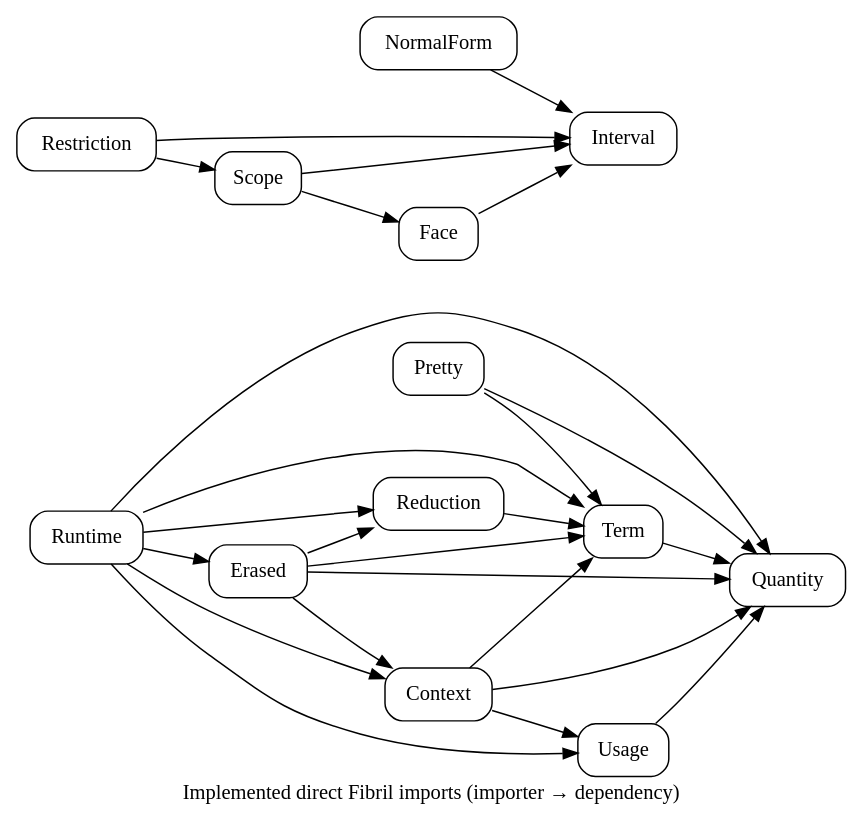
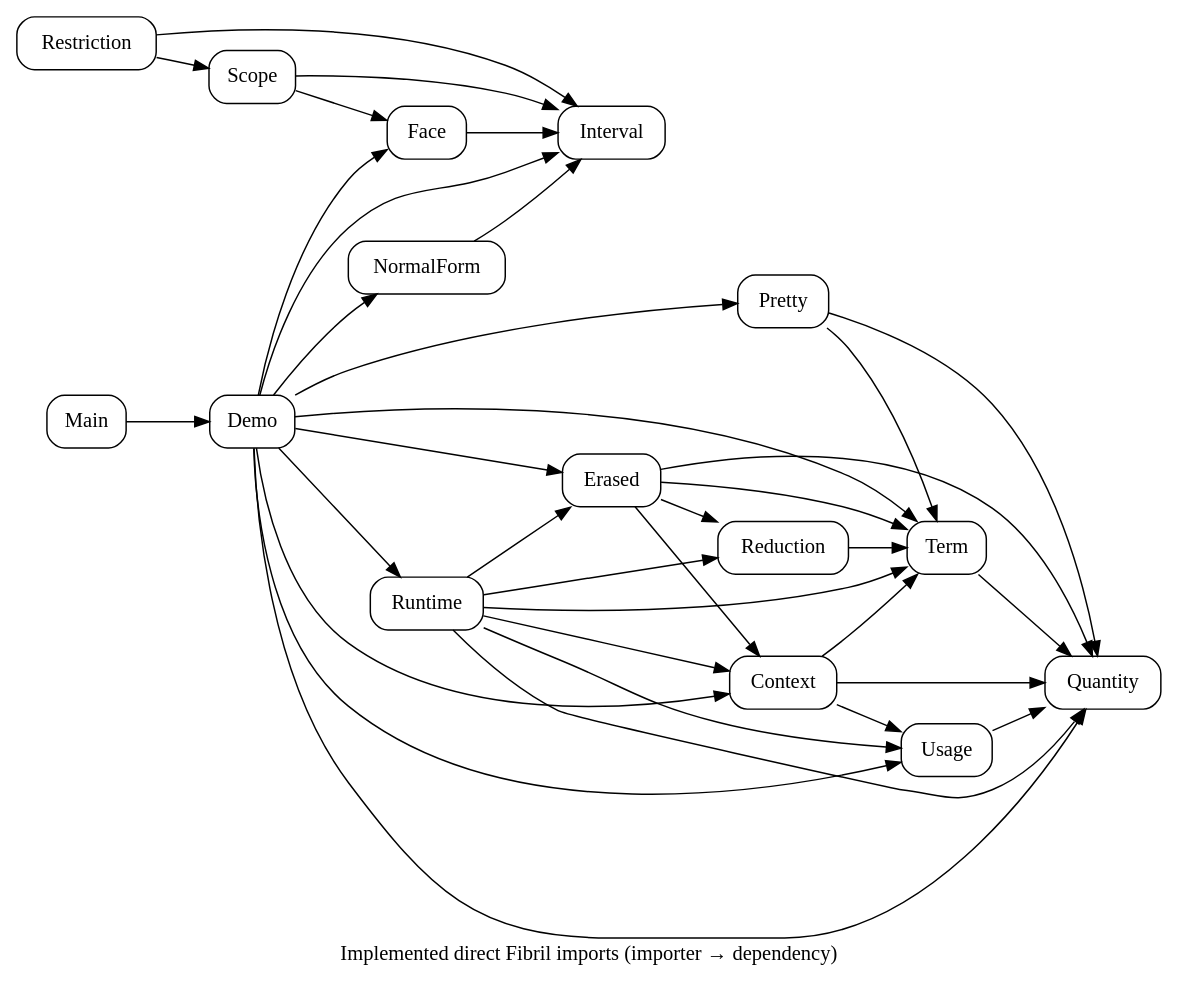
Before and after one commit to odunboye/fibril: the diagram in docs/diagrams/modules.dot, drawn with Graphviz. The commit also changed 12 other files, not shown here.

```diff
--- a/docs/diagrams/modules.dot
+++ b/docs/diagrams/modules.dot
@@ -1,12 +1,14 @@
 digraph Modules {
 rankdir=LR; node [shape=box,style=rounded];
 Quantity; Interval; NormalForm; Face; Scope; Restriction; Term;
 NormalForm -> Interval; Face -> Interval;
 Scope -> {Interval Face}; Restriction -> {Interval Scope};
+Demo -> {Quantity Term Context Usage Pretty Erased Runtime Interval NormalForm Face};
+Main -> Demo;
 Pretty -> {Quantity Term};
 Term -> Quantity; Usage -> Quantity; Context -> {Quantity Term Usage};
 Reduction -> Term;
 Erased -> {Quantity Term Context Reduction};
 Runtime -> {Quantity Term Context Usage Reduction Erased};
 label="Implemented direct Fibril imports (importer → dependency)";
 }
```
